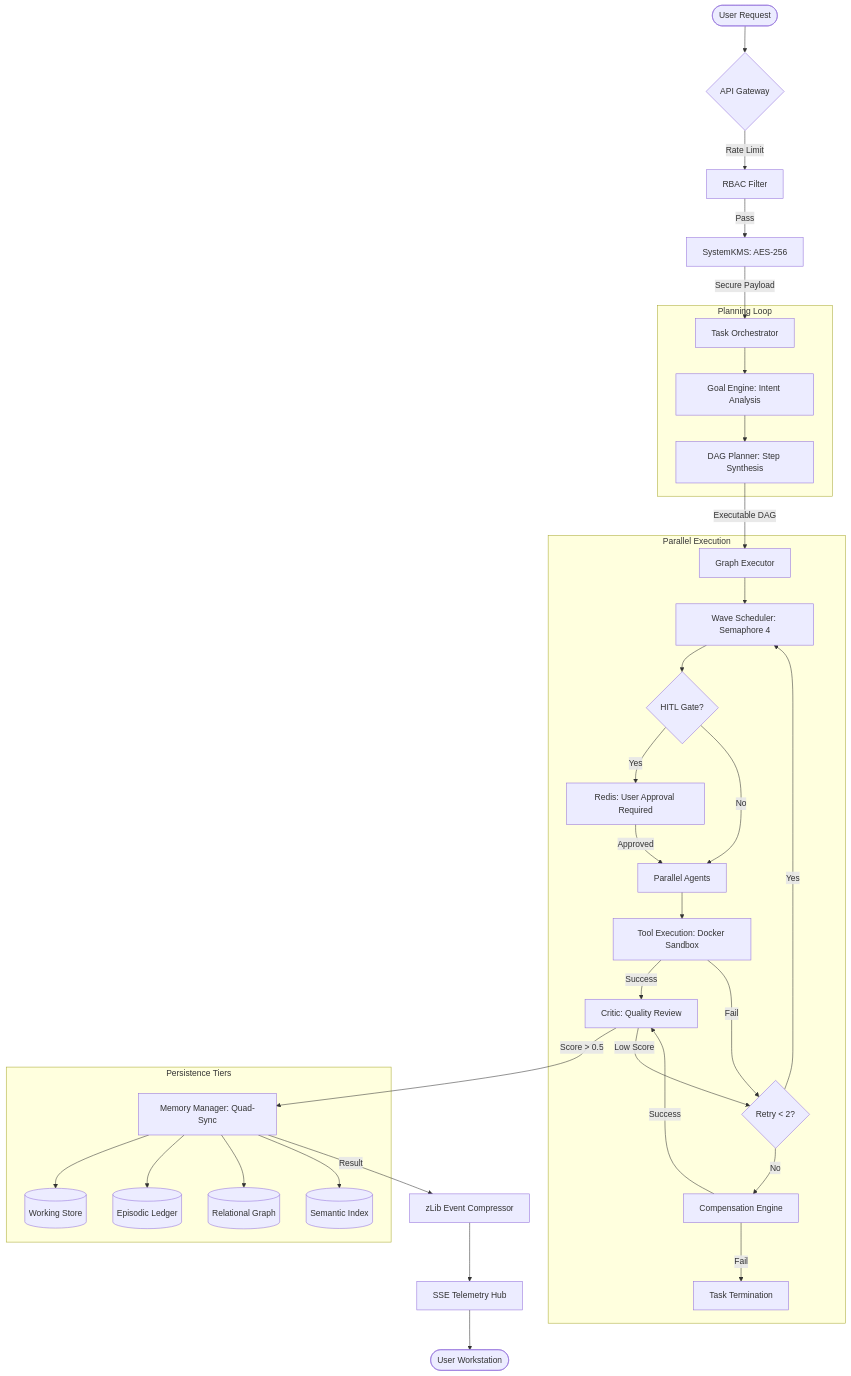
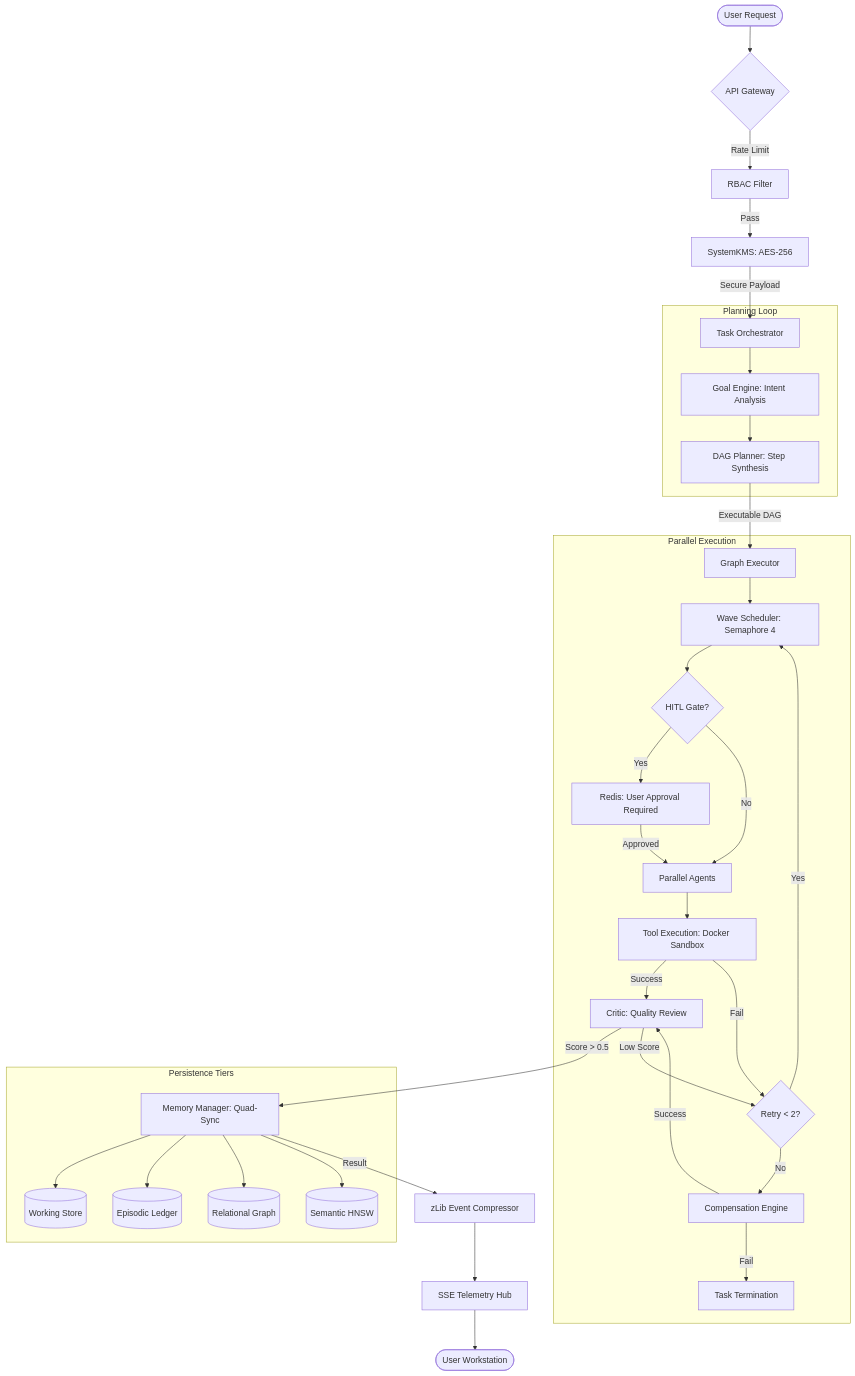
Before and after one commit to Blackdrg/levi-ai-innovate: the second of 2 diagrams in README.md, drawn with Mermaid. The commit also changed other lines of this file and 151 other files, not shown here.

````diff
--- a/README.md
+++ b/README.md
@@ -173,44 +176,44 @@
 ```mermaid
 graph TD
     User([User Request]) --> Gateway{API Gateway}
     Gateway -- "Rate Limit" --> RBAC[RBAC Filter]
     RBAC -- "Pass" --> KMS[SystemKMS: AES-256]
     KMS -- "Secure Payload" --> Orchestrator[Task Orchestrator]
     
     subgraph "Planning Loop"
         Orchestrator --> Goal[Goal Engine: Intent Analysis]
         Goal --> Planner[DAG Planner: Step Synthesis]
     end
     
     Planner -- "Executable DAG" --> Executor[Graph Executor]
     
     subgraph "Parallel Execution"
         Executor --> Wave[Wave Scheduler: Semaphore 4]
         Wave --> HITL{HITL Gate?}
         HITL -- "Yes" --> Approval[Redis: User Approval Required]
         Approval -- "Approved" --> Agents[Parallel Agents]
         HITL -- "No" --> Agents
         
         Agents --> Tool[Tool Execution: Docker Sandbox]
         Tool -- "Success" --> Evaluate[Critic: Quality Review]
         Tool -- "Fail" --> Retry{Retry < 2?}
         Retry -- "Yes" --> Wave
         Retry -- "No" --> Compensate[Compensation Engine]
         Compensate -- "Success" --> Evaluate
         Compensate -- "Fail" --> Terminate[Task Termination]
     end
     
     Evaluate -- "Score > 0.5" --> Persist[Memory Manager: Quad-Sync]
     Evaluate -- "Low Score" --> Retry
     
     subgraph "Persistence Tiers"
         Persist --> Redis[(Working Store)]
         Persist --> Postgres[(Episodic Ledger)]
         Persist --> Neo4j[(Relational Graph)]
-        Persist --> FAISS[(Semantic Index)]
+        Persist --> HNSW[(Semantic HNSW)]
     end
     
     Persist -- "Result" --> Zlib[zLib Event Compressor]
     Zlib --> SSE[SSE Telemetry Hub]
     SSE --> Response([User Workstation])
 ```
````
